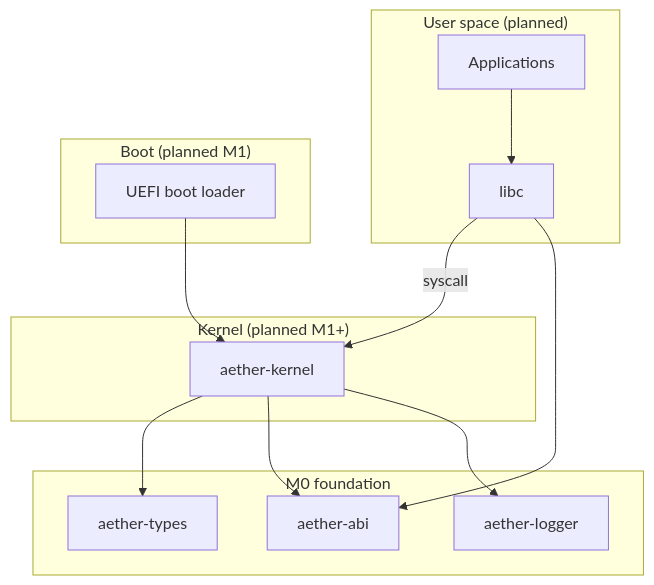
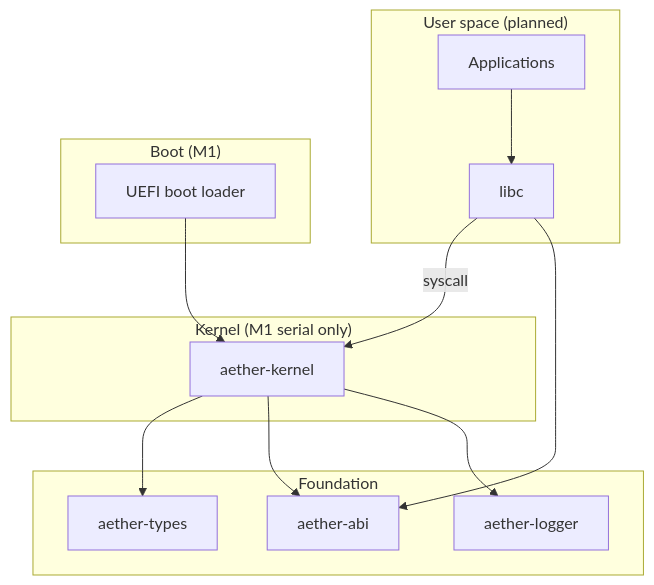
Before and after one commit to D1bakar/ather-os: the diagram in README.md, drawn with Mermaid. The commit also changed other lines of this file and 25 other files, not shown here.

````diff
--- a/README.md
+++ b/README.md
@@ -35,29 +35,29 @@
 ```mermaid
 graph TB
     subgraph userspace["User space (planned)"]
         APP[Applications]
         LIBC[libc]
     end
 
-    subgraph kernelspace["Kernel (planned M1+)"]
+    subgraph kernelspace["Kernel (M1 serial only)"]
         KERN[aether-kernel]
     end
 
-    subgraph boot["Boot (planned M1)"]
+    subgraph boot["Boot (M1)"]
         BL[UEFI boot loader]
     end
 
-    subgraph m0["M0 foundation"]
+    subgraph m0["Foundation"]
         TYPES[aether-types]
         ABI[aether-abi]
         LOG[aether-logger]
     end
 
     BL --> KERN
     APP --> LIBC
     LIBC -->|syscall| KERN
     KERN --> TYPES
     LIBC --> ABI
     KERN --> ABI
     KERN --> LOG
 ```
````
